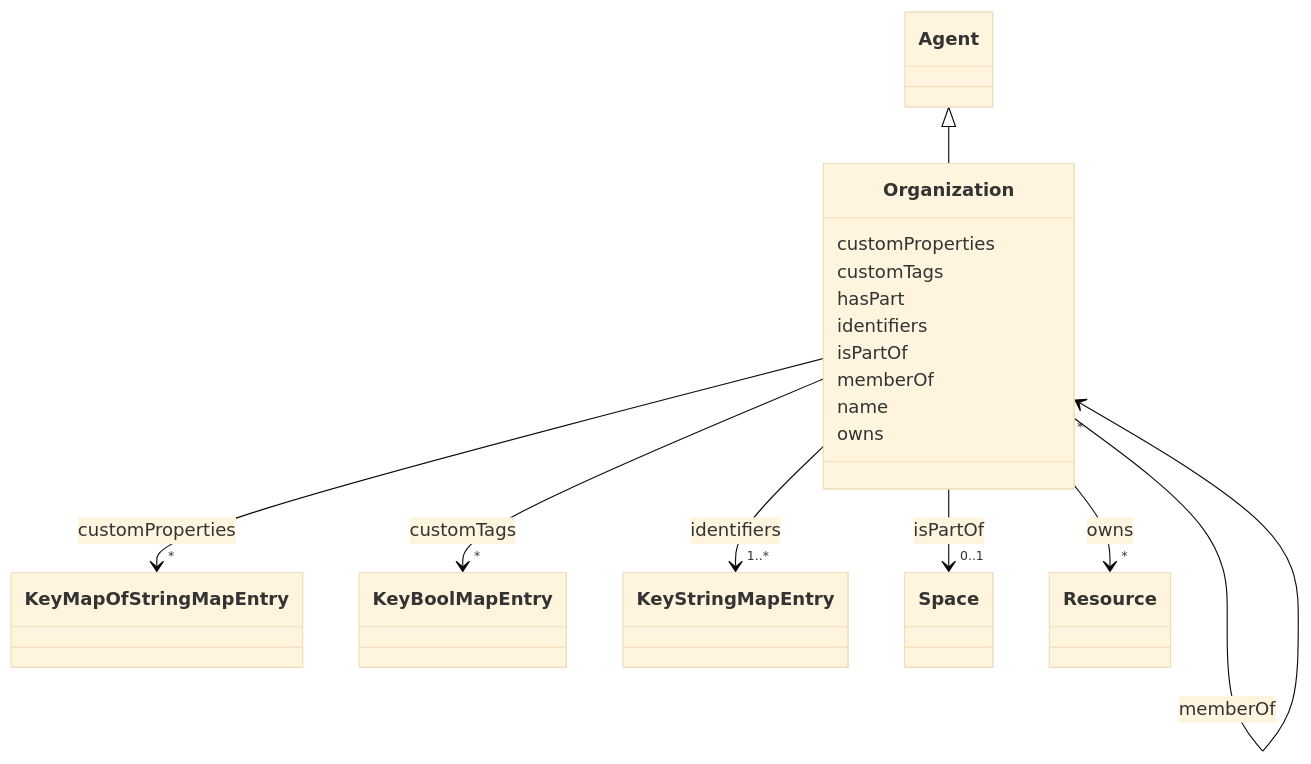
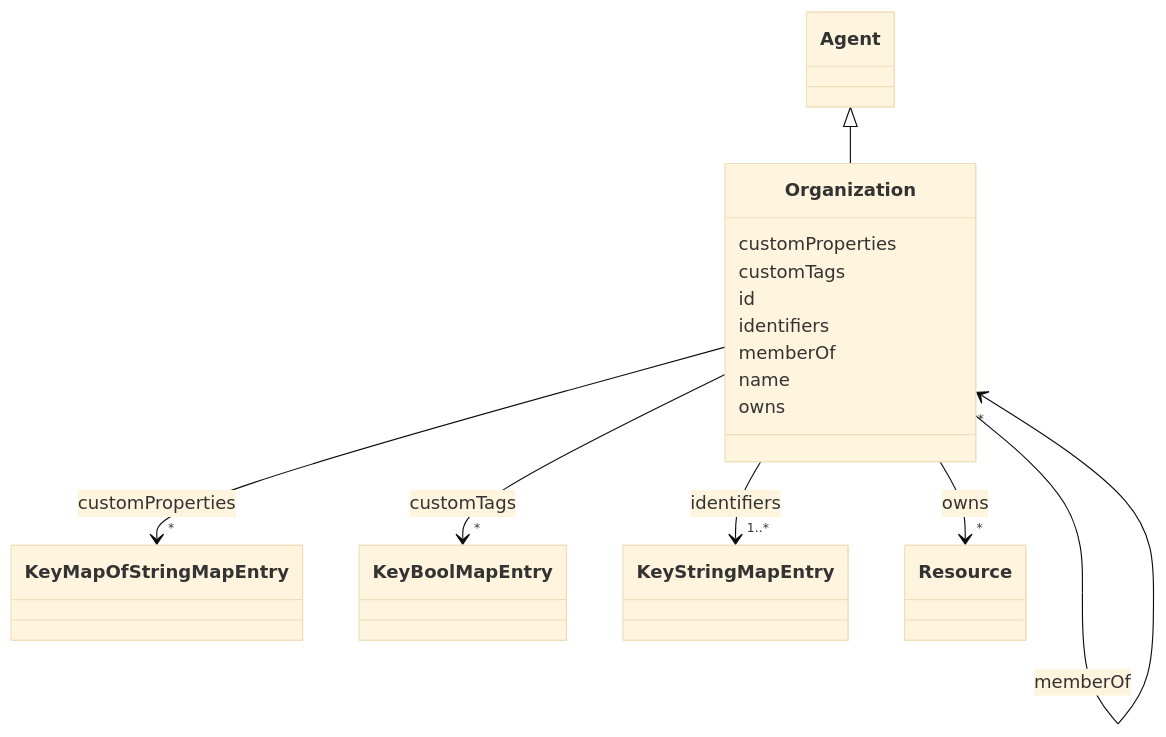
Before and after one commit to takashikasuya/smartbuiding_ontology: the diagram in docs/Organization.md, drawn with Mermaid (base theme). The commit also changed other lines of this file and 101 other files, not shown here.

First line of the commit message:
Add documentation for Media and Schema classes, including slots and mappings

````diff
--- a/docs/Organization.md
+++ b/docs/Organization.md
@@ -18,79 +18,68 @@
 ```mermaid
  classDiagram
     class Organization
     click Organization href "../Organization/"
       Agent <|-- Organization
         click Agent href "../Agent/"
       
       Organization : customProperties
         
           
     
         
         
         Organization --> "*" KeyMapOfStringMapEntry : customProperties
         click KeyMapOfStringMapEntry href "../KeyMapOfStringMapEntry/"
     
 
         
       Organization : customTags
         
           
     
         
         
         Organization --> "*" KeyBoolMapEntry : customTags
         click KeyBoolMapEntry href "../KeyBoolMapEntry/"
     
 
         
-      Organization : hasPart
+      Organization : id
         
       Organization : identifiers
         
           
     
         
         
         Organization --> "1..*" KeyStringMapEntry : identifiers
         click KeyStringMapEntry href "../KeyStringMapEntry/"
-    
-
-        
-      Organization : isPartOf
-        
-          
-    
-        
-        
-        Organization --> "0..1" Space : isPartOf
-        click Space href "../Space/"
     
 
         
       Organization : memberOf
         
           
     
         
         
         Organization --> "*" Organization : memberOf
         click Organization href "../Organization/"
     
 
         
       Organization : name
         
       Organization : owns
         
           
     
         
         
         Organization --> "*" Resource : owns
         click Resource href "../Resource/"
     
 
         
       
 ```
````
